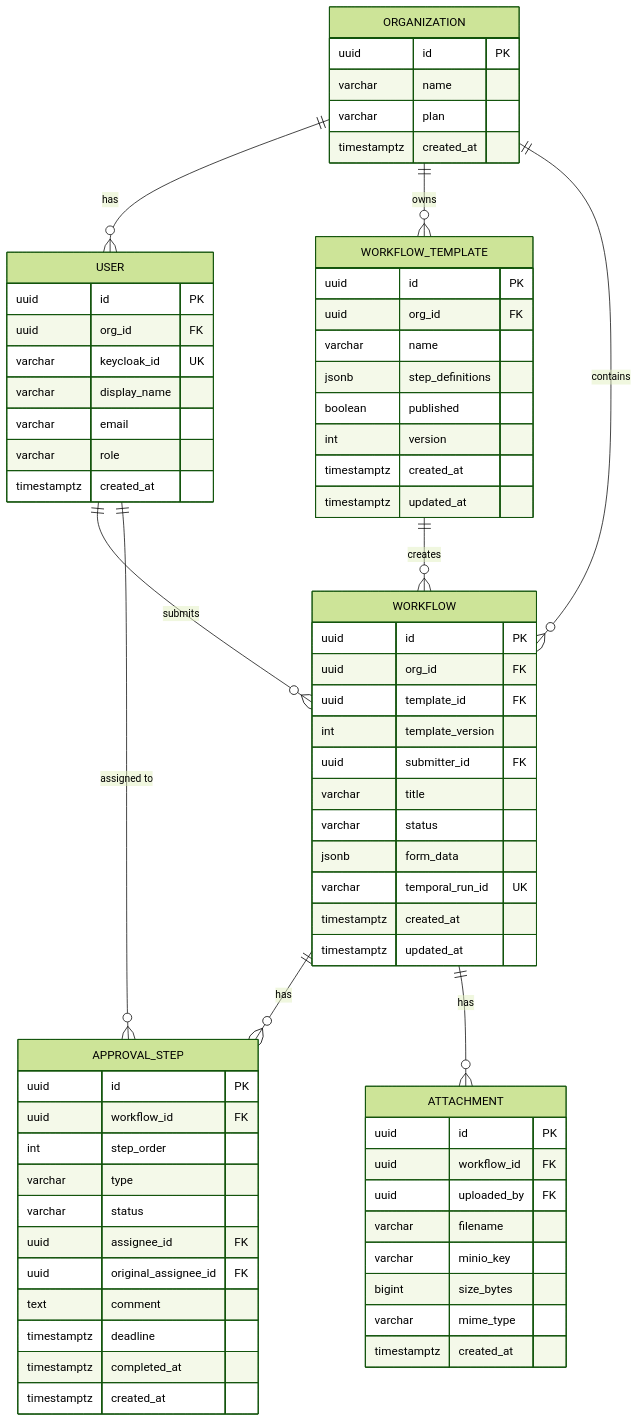
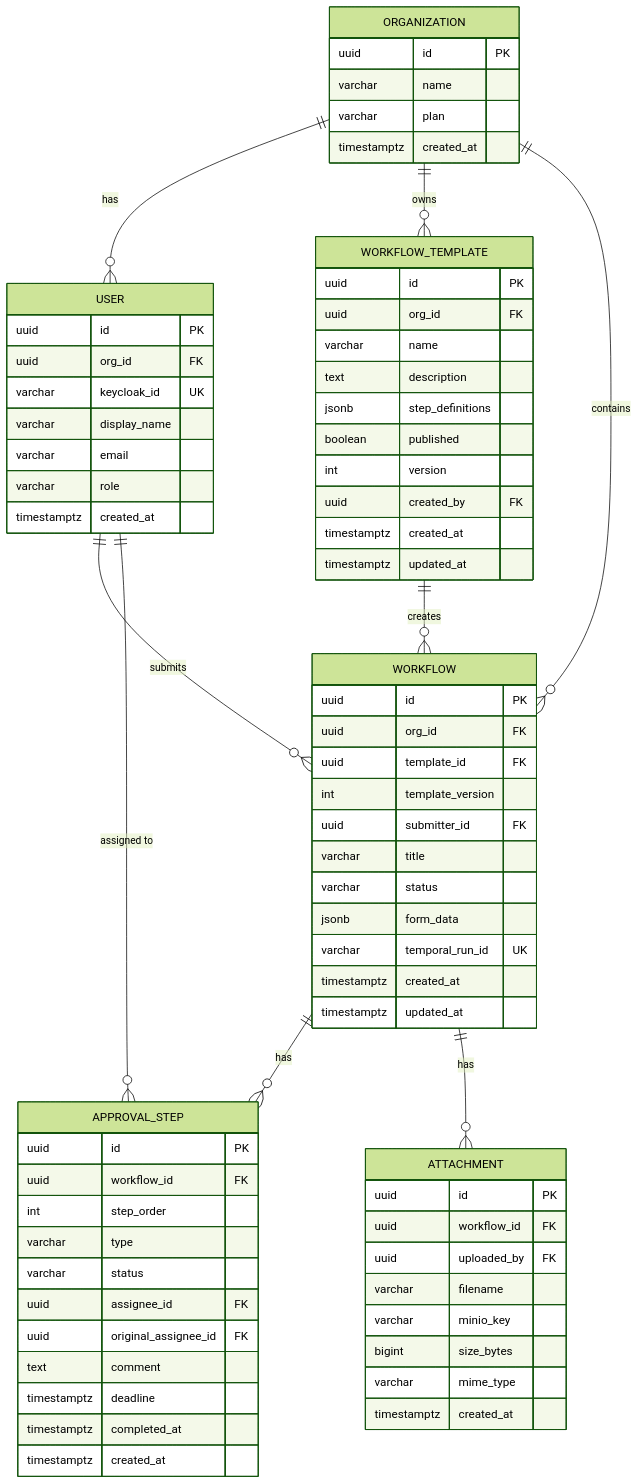
The first of 3 diagrams in enterprise_workflow_system/docs/technical_design.md (Eyolf6Coyote7/Eyolf6Coyote7), drawn with Mermaid (forest theme) before and after one commit. The commit also changed other lines of this file, not shown here.

````diff
--- a/enterprise_workflow_system/docs/technical_design.md
+++ b/enterprise_workflow_system/docs/technical_design.md
@@ -245,73 +246,75 @@
 ```mermaid
 erDiagram
   ORGANIZATION ||--o{ USER : has
   ORGANIZATION ||--o{ WORKFLOW_TEMPLATE : owns
   ORGANIZATION ||--o{ WORKFLOW : contains
   USER ||--o{ WORKFLOW : submits
   WORKFLOW_TEMPLATE ||--o{ WORKFLOW : creates
   WORKFLOW ||--o{ APPROVAL_STEP : has
   WORKFLOW ||--o{ ATTACHMENT : has
   USER ||--o{ APPROVAL_STEP : "assigned to"
 
   ORGANIZATION {
     uuid id PK
     varchar name
     varchar plan
     timestamptz created_at
   }
   USER {
     uuid id PK
     uuid org_id FK
     varchar keycloak_id UK
     varchar display_name
     varchar email
     varchar role
     timestamptz created_at
   }
   WORKFLOW_TEMPLATE {
     uuid id PK
     uuid org_id FK
     varchar name
+    text description
     jsonb step_definitions
     boolean published
     int version
+    uuid created_by FK
     timestamptz created_at
     timestamptz updated_at
   }
   WORKFLOW {
     uuid id PK
     uuid org_id FK
     uuid template_id FK
     int template_version
     uuid submitter_id FK
     varchar title
     varchar status
     jsonb form_data
     varchar temporal_run_id UK
     timestamptz created_at
     timestamptz updated_at
   }
   APPROVAL_STEP {
     uuid id PK
     uuid workflow_id FK
     int step_order
     varchar type
     varchar status
     uuid assignee_id FK
     uuid original_assignee_id FK
     text comment
     timestamptz deadline
     timestamptz completed_at
     timestamptz created_at
   }
   ATTACHMENT {
     uuid id PK
     uuid workflow_id FK
     uuid uploaded_by FK
     varchar filename
     varchar minio_key
     bigint size_bytes
     varchar mime_type
     timestamptz created_at
   }
 ```
````
